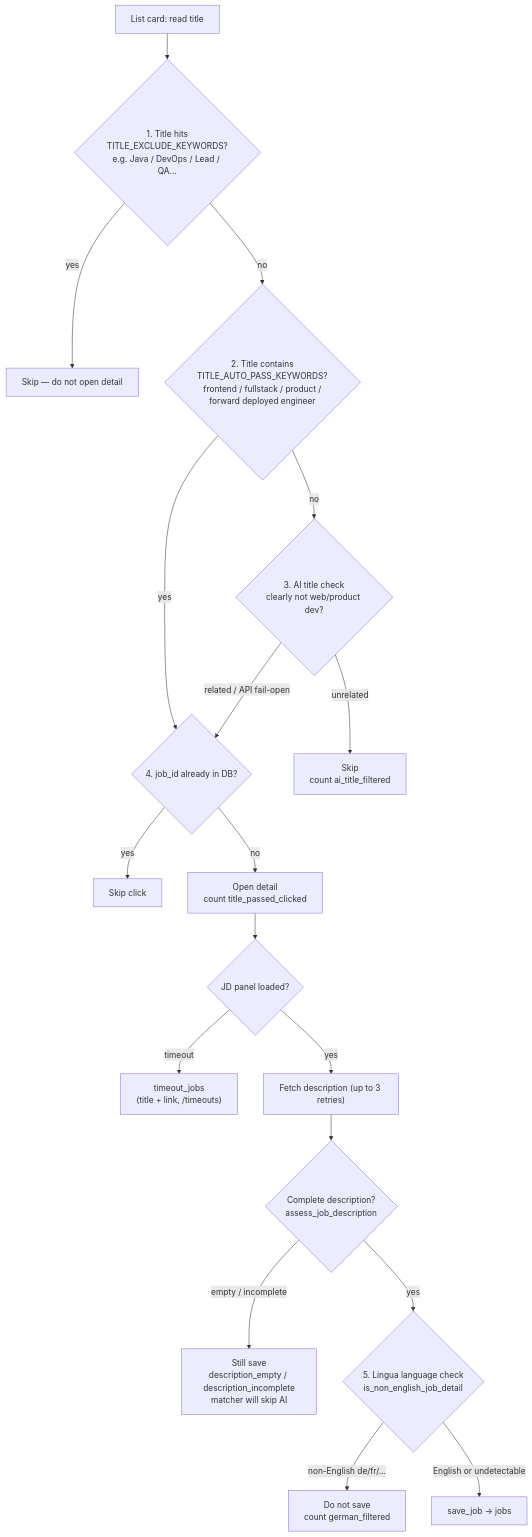
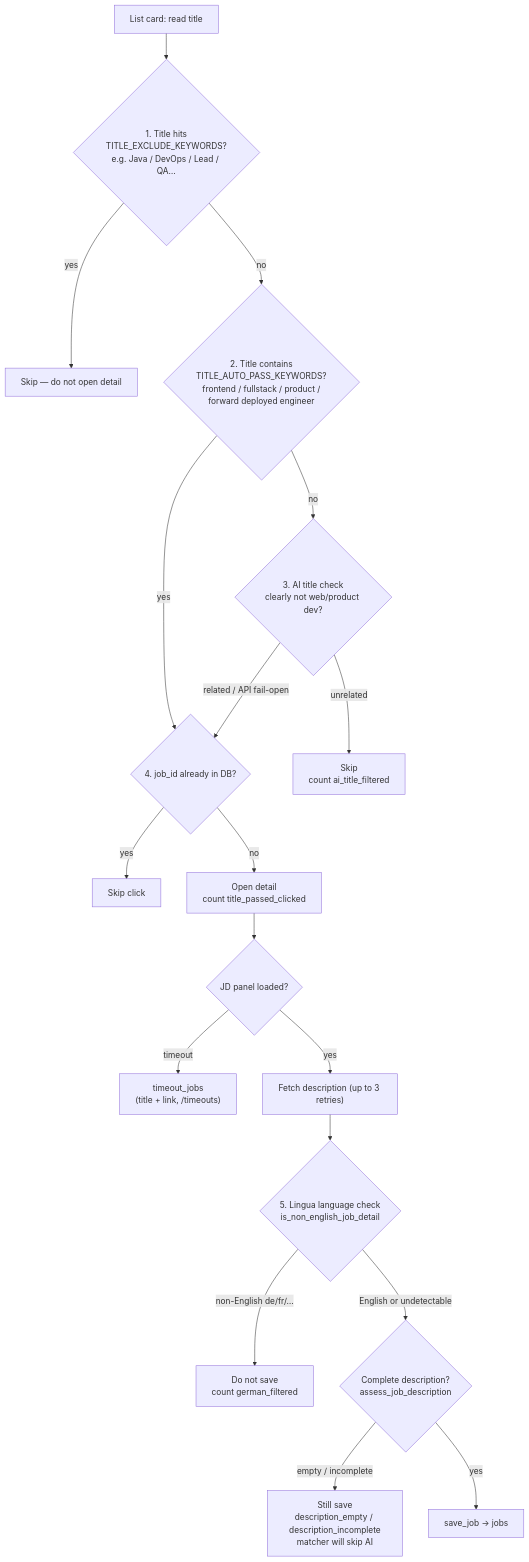
The third of 4 diagrams in docs/architecture.md (JialiNong/job_tracker), drawn with Mermaid before and after one commit. The commit also changed other lines of this file and 13 other files, not shown here.

````diff
--- a/docs/architecture.md
+++ b/docs/architecture.md
@@ -201,27 +201,26 @@
 ```mermaid
 flowchart TD
     Card["List card: read title"]
 
     Card --> Excl{"1. Title hits<br/>TITLE_EXCLUDE_KEYWORDS?<br/>e.g. Java / DevOps / Lead / QA…"}
     Excl -->|yes| Skip1["Skip — do not open detail"]
     Excl -->|no| KW{"2. Title contains<br/>TITLE_AUTO_PASS_KEYWORDS?<br/>frontend / fullstack / product /<br/>forward deployed engineer"}
 
     KW -->|yes| Dedup
     KW -->|no| AITitle{"3. AI title check<br/>clearly not web/product dev?"}
     AITitle -->|unrelated| Skip2["Skip<br/>count ai_title_filtered"]
     AITitle -->|related / API fail-open| Dedup
 
     Dedup{"4. job_id already in DB?"}
     Dedup -->|yes| Skip3["Skip click"]
     Dedup -->|no| Click["Open detail<br/>count title_passed_clicked"]
 
     Click --> Detail{"JD panel loaded?"}
     Detail -->|timeout| TO["timeout_jobs<br/>(title + link, /timeouts)"]
     Detail -->|yes| Fetch["Fetch description (up to 3 retries)"]
-    Fetch --> Empty{"Complete description?<br/>assess_job_description"}
-    Empty -->|empty / incomplete| SaveEmpty["Still save<br/>description_empty / description_incomplete<br/>matcher will skip AI"]
-    Empty -->|yes| Lang{"5. Lingua language check<br/>is_non_english_job_detail"}
-
+    Fetch --> Lang{"5. Lingua language check<br/>is_non_english_job_detail"}
     Lang -->|non-English de/fr/…| SkipDE["Do not save<br/>count german_filtered"]
-    Lang -->|English or undetectable| Save["save_job → jobs"]
+    Lang -->|English or undetectable| Quality{"Complete description?<br/>assess_job_description"}
+    Quality -->|empty / incomplete| SaveEmpty["Still save<br/>description_empty / description_incomplete<br/>matcher will skip AI"]
+    Quality -->|yes| Save["save_job → jobs"]
 ```
````
